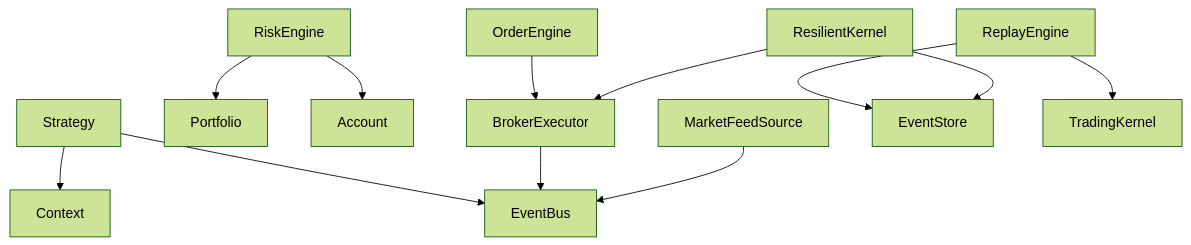
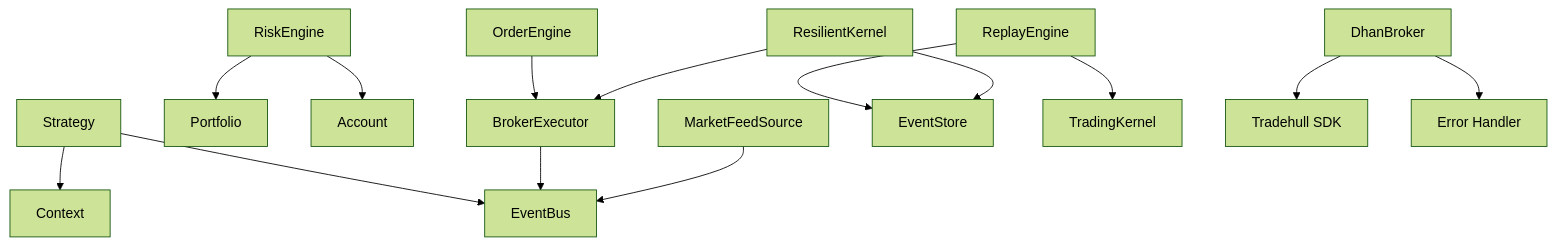
One commit to Ganesh-Kusundal/nTrade changed diagram 17 of 17 in .qoder/repowiki/en/content/Examples & Tutorials/Testing & Integration Examples/Unit Testing Examples.md. Above: the diagram before and after it, drawn with Mermaid (forest theme). The commit also changed other lines of this file and 203 other files, not shown here.

````diff
--- a/.qoder/repowiki/en/content/Examples & Tutorials/Testing & Integration Examples/Unit Testing Examples.md
+++ b/.qoder/repowiki/en/content/Examples & Tutorials/Testing & Integration Examples/Unit Testing Examples.md
@@ -585,14 +687,16 @@
 ```mermaid
 graph TB
 Strat["Strategy"] --> Bus["EventBus"]
 Strat --> Ctx["Context"]
 Risk["RiskEngine"] --> Port["Portfolio"]
 Risk --> Acc["Account"]
 OMS["OrderEngine"] --> Exec["BrokerExecutor"]
 Exec --> Bus
 Sources["MarketFeedSource"] --> Bus
 Replay["ReplayEngine"] --> Store["EventStore"]
 Replay --> Kernel["TradingKernel"]
 Resilient["ResilientKernel"] --> Store
 Resilient --> Exec
+DhanBroker["DhanBroker"] --> Tradehull["Tradehull SDK"]
+DhanBroker --> ErrorHandling["Error Handler"]
 ```
````
